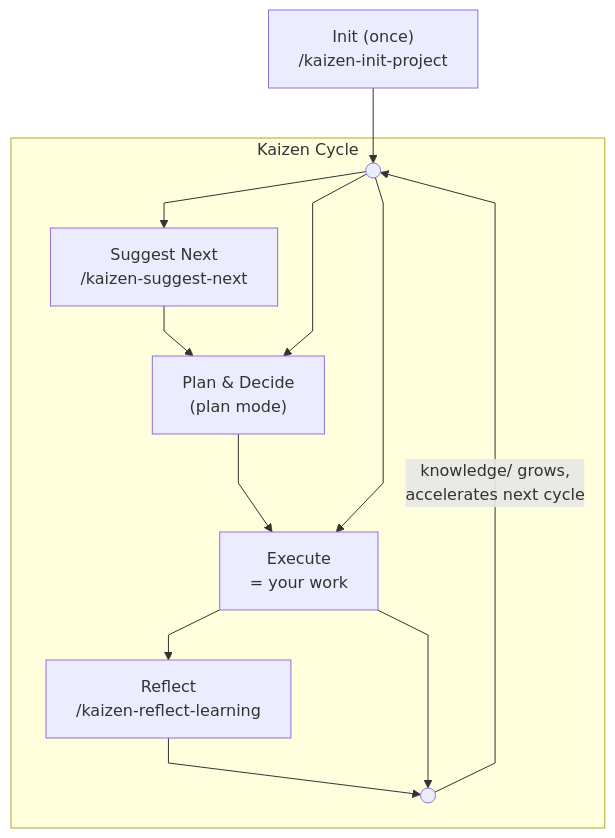
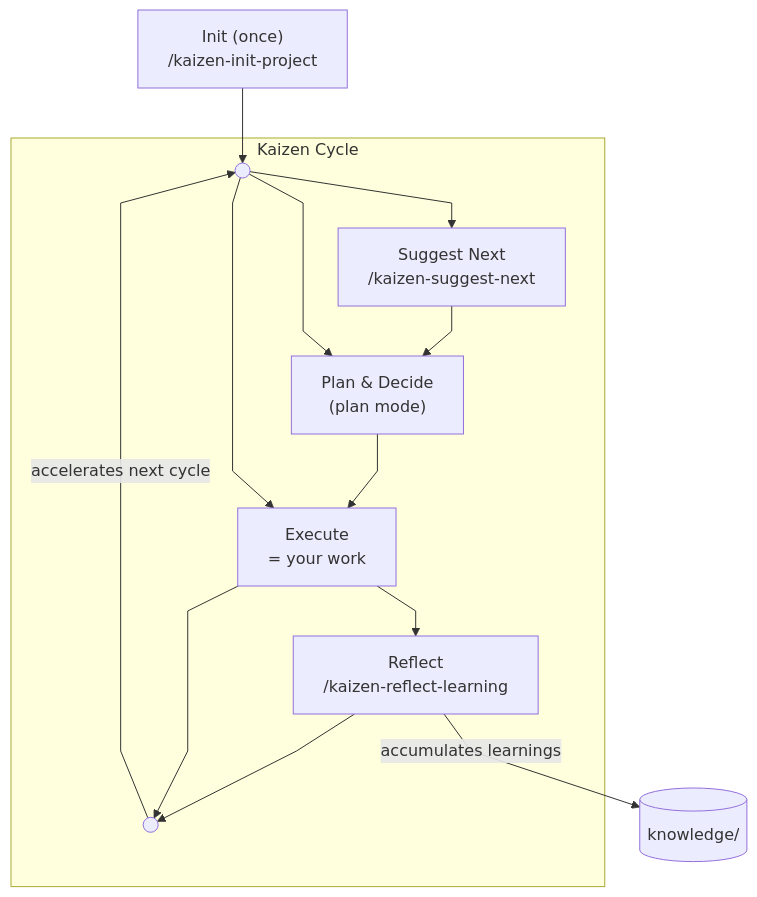
The diagram in docs/CONCEPT.md (tomfook/kaizen-cli), drawn with Mermaid before and after one commit. The commit also changed 1 other file, not shown here.

Commit message:
style: move knowledge accumulation from feedback arrow to Reflect→Knowledge
- Add external Knowledge cylinder node outside the cycle
- Reflect now has a dedicated arrow to Knowledge ("accumulates learnings")
- Simplify feedback arrow to just "accelerates next cycle"

https://claude.ai/code/session_011ENnixXZ7xcQcWQSnBuWA9

````diff
--- a/docs/CONCEPT.md
+++ b/docs/CONCEPT.md
@@ -45,25 +45,27 @@
 ```mermaid
 ---
 config:
   flowchart:
     curve: linear
 ---
 graph TD
     Init["Init (once)<br>/kaizen-init-project"] --> Start
 
     subgraph Cycle [" Kaizen Cycle "]
         Start((" "))
         Suggest["Suggest Next<br>/kaizen-suggest-next"]
         Plan["Plan & Decide<br>(plan mode)"]
         Execute["Execute<br>= your work"]
         Reflect["Reflect<br>/kaizen-reflect-learning"]
         End((" "))
 
         Start --> Suggest --> Plan --> Execute --> Reflect --> End
         Start --> Plan
         Start --> Execute
         Execute --> End
     end
 
-    End -->|"knowledge/ grows,<br>accelerates next cycle"| Start
+    Knowledge[("knowledge/")]
+    Reflect -->|"accumulates learnings"| Knowledge
+    End -->|"accelerates next cycle"| Start
 ```
````
